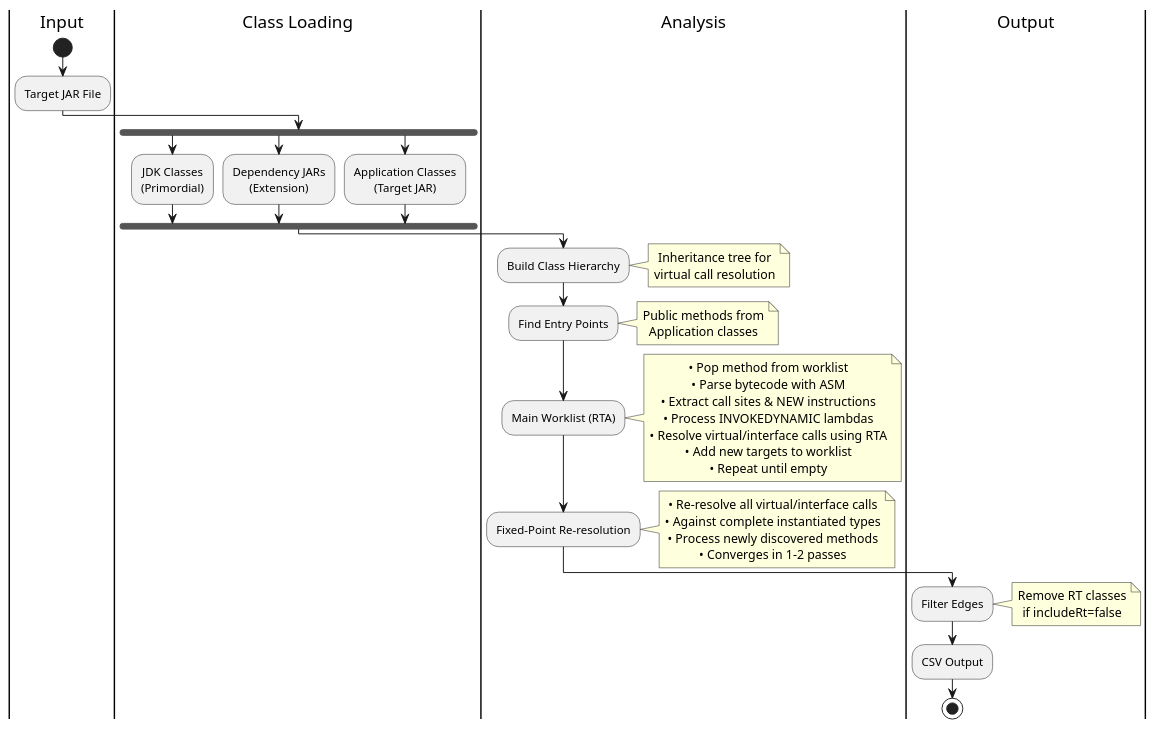
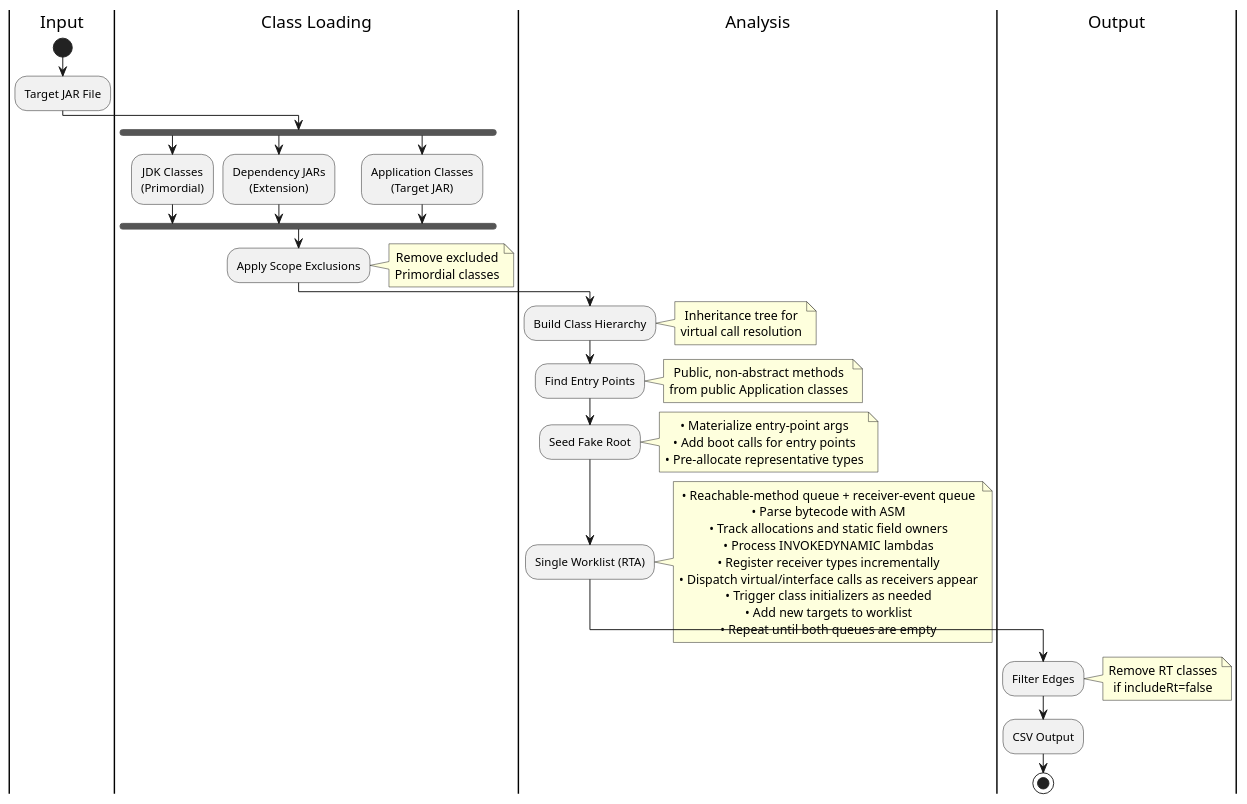
One commit to cg4j/cg4j changed the diagram in docs/architecture.md. Above: the diagram before and after it, drawn with PlantUML. The commit also changed other lines of this file and 5 other files, not shown here.

````diff
--- a/docs/architecture.md
+++ b/docs/architecture.md
@@ -9,53 +11,57 @@
 ```kroki-plantuml
 @startuml
 skinparam backgroundColor white
 skinparam defaultTextAlignment center
 
 |Input|
 start
 :Target JAR File;
 
 |Class Loading|
 fork
   :JDK Classes\n(Primordial);
 fork again
   :Dependency JARs\n(Extension);
 fork again
   :Application Classes\n(Target JAR);
 end fork
 
+:Apply Scope Exclusions;
+note right: Remove excluded\nPrimordial classes
+
 |Analysis|
 :Build Class Hierarchy;
 note right: Inheritance tree for\nvirtual call resolution
 
 :Find Entry Points;
-note right: Public methods from\nApplication classes
+note right: Public, non-abstract methods\nfrom public Application classes
 
-:Main Worklist (RTA);
+:Seed Fake Root;
 note right
-  • Pop method from worklist
-  • Parse bytecode with ASM
-  • Extract call sites & NEW instructions
-  • Process INVOKEDYNAMIC lambdas
-  • Resolve virtual/interface calls using RTA
-  • Add new targets to worklist
-  • Repeat until empty
+  • Materialize entry-point args
+  • Add boot calls for entry points
+  • Pre-allocate representative types
 end note
 
-:Fixed-Point Re-resolution;
+:Single Worklist (RTA);
 note right
-  • Re-resolve all virtual/interface calls
-  • Against complete instantiated types
-  • Process newly discovered methods
-  • Converges in 1-2 passes
+  • Reachable-method queue + receiver-event queue
+  • Parse bytecode with ASM
+  • Track allocations and static field owners
+  • Process INVOKEDYNAMIC lambdas
+  • Register receiver types incrementally
+  • Dispatch virtual/interface calls as receivers appear
+  • Trigger class initializers as needed
+  • Add new targets to worklist
+  • Repeat until both queues are empty
 end note
 
 |Output|
 :Filter Edges;
 note right: Remove RT classes\nif includeRt=false
 
 :CSV Output;
 stop
 
 @enduml
 ```
````
